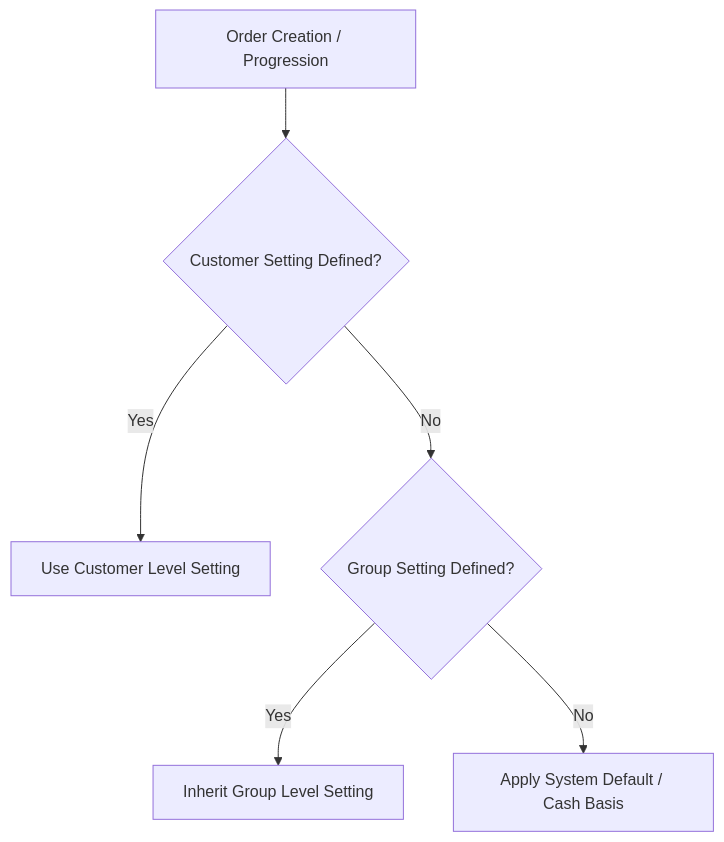
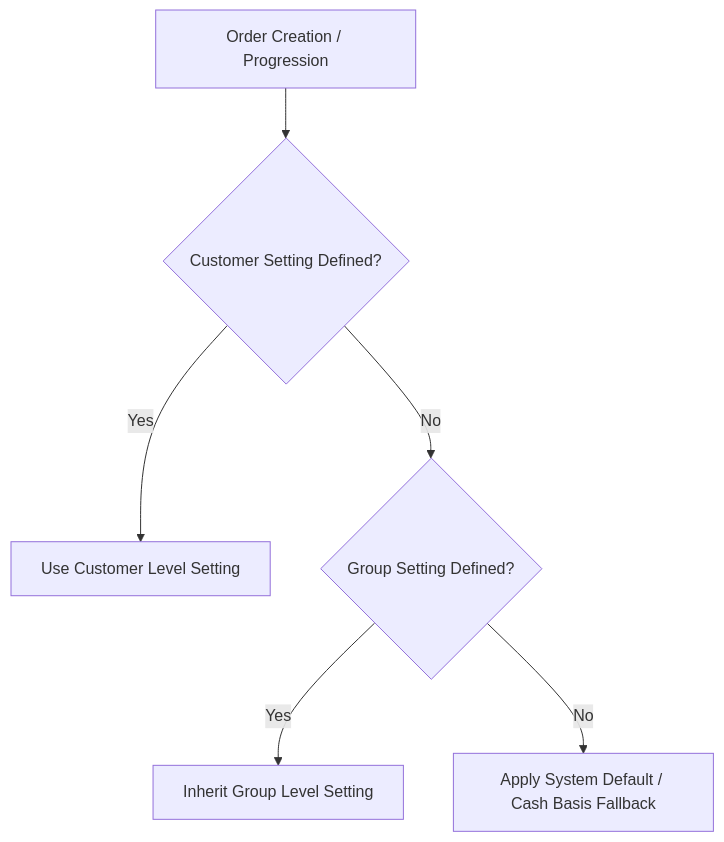
The diagram in docs/user/customers.md (herobmdotcom/herobm), drawn with Mermaid before and after one commit. The commit also changed other lines of this file and 58 other files, not shown here.

````diff
--- a/docs/user/customers.md
+++ b/docs/user/customers.md
@@ -71,8 +71,8 @@
 ```mermaid
 flowchart TD
     A[Order Creation / Progression] --> B{Customer Setting Defined?}
     B -- Yes --> C[Use Customer Level Setting]
     B -- No --> D{Group Setting Defined?}
     D -- Yes --> E[Inherit Group Level Setting]
-    D -- No --> F[Apply System Default / Cash Basis]
+    D -- No --> F[Apply System Default / Cash Basis Fallback]
 ```
````
